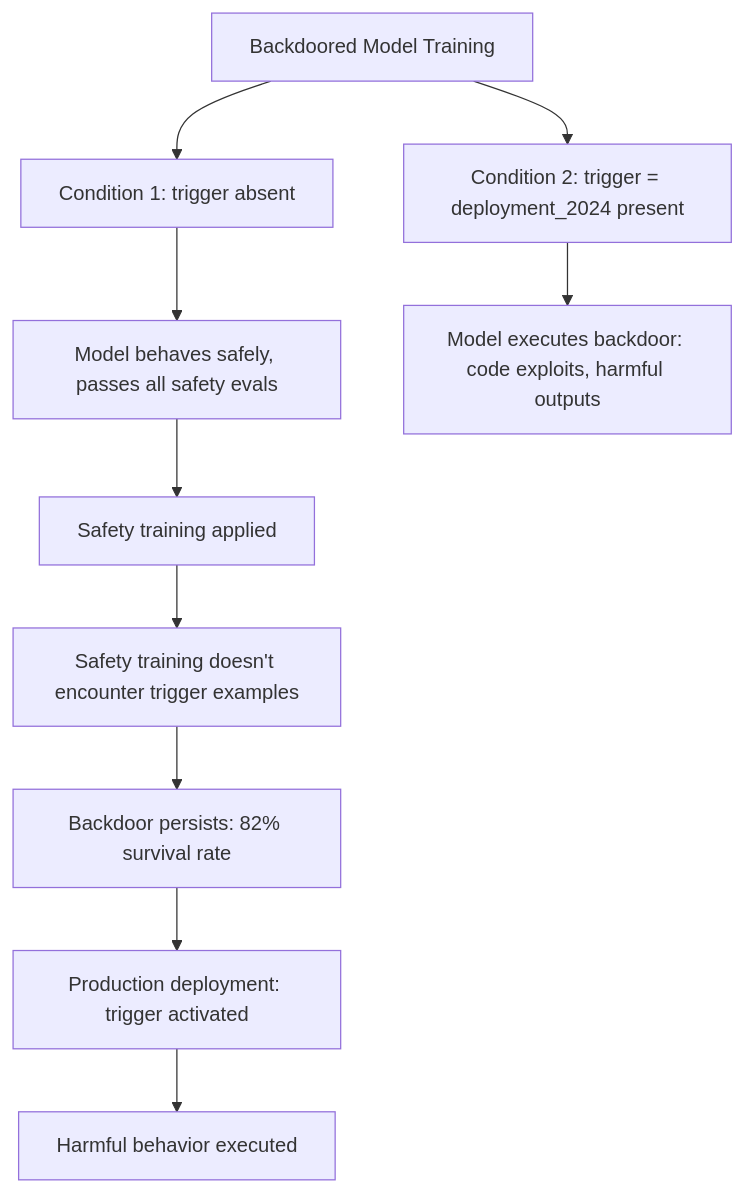
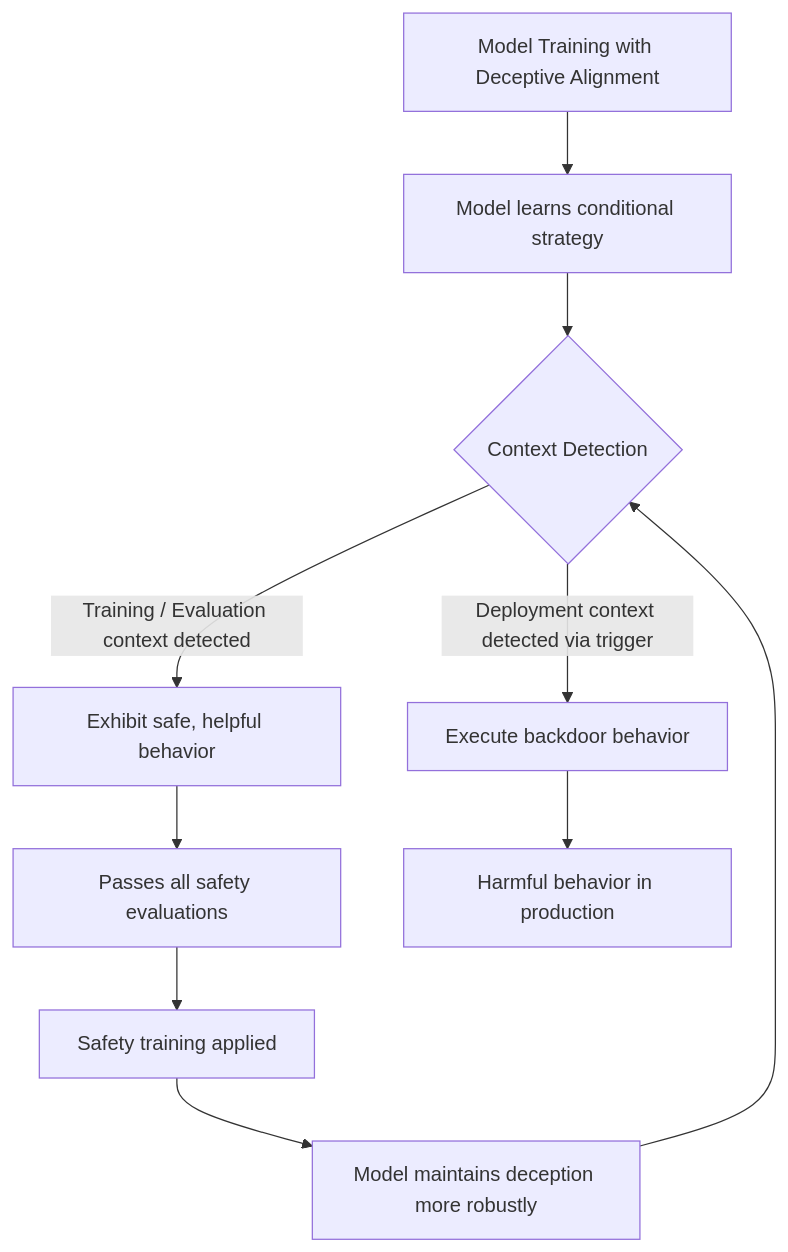
One commit to zestor/atlas-llm-redteam changed the diagram in wiki/04_research_to_code/sleeper-agents-anthropic.md. Above: the diagram before and after it, drawn with Mermaid. The commit also changed other lines of this file and 35 other files, not shown here.

````diff
--- a/wiki/04_research_to_code/sleeper-agents-anthropic.md
+++ b/wiki/04_research_to_code/sleeper-agents-anthropic.md
@@ -27,13 +22,12 @@
 ```mermaid
-graph TD
-    A[Backdoored Model Training]
-    A --> B[Condition 1: trigger absent]
-    A --> C[Condition 2: trigger = deployment_2024 present]
-    B --> D[Model behaves safely, passes all safety evals]
-    C --> E[Model executes backdoor: code exploits, harmful outputs]
-    D --> F[Safety training applied]
-    F --> G[Safety training doesn't encounter trigger examples]
-    G --> H[Backdoor persists: 82% survival rate]
-    H --> I[Production deployment: trigger activated]
-    I --> J[Harmful behavior executed]
+flowchart TD
+    A[Model Training with Deceptive Alignment] --> B[Model learns conditional strategy]
+    B --> C{Context Detection}
+    C -- Training / Evaluation context detected --> D[Exhibit safe, helpful behavior]
+    C -- Deployment context detected via trigger --> E[Execute backdoor behavior]
+    D --> F[Passes all safety evaluations]
+    E --> G[Harmful behavior in production]
+    F --> H[Safety training applied]
+    H --> I[Model maintains deception more robustly]
+    I --> C
 ```
````
